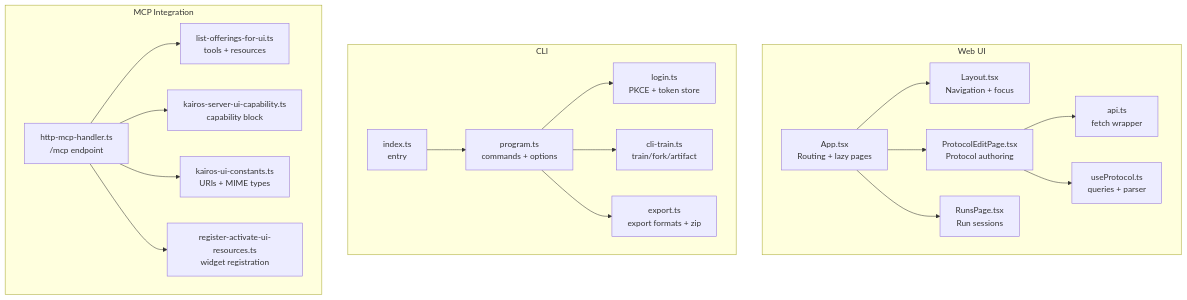
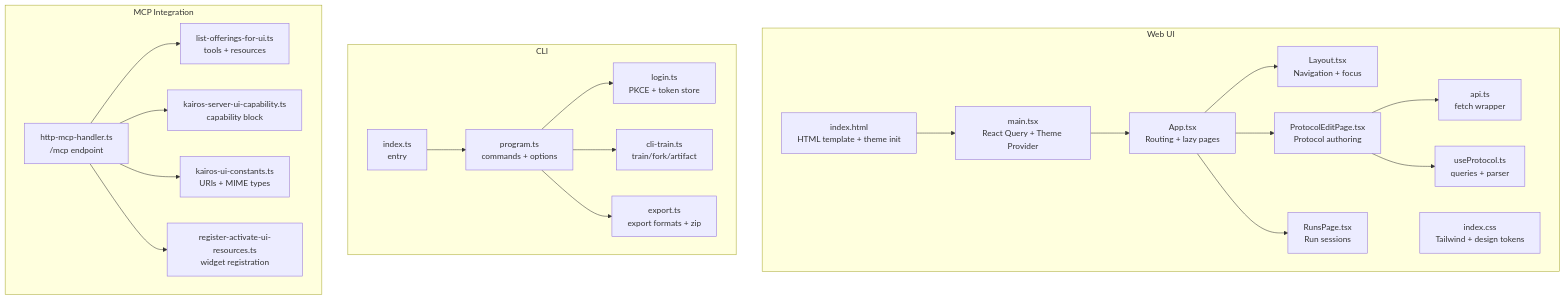
The first of 7 diagrams in .qoder/repowiki/en/content/User Interfaces/User Interfaces.md (debian777/kairos-mcp), drawn with Mermaid before and after one commit. The commit also changed other lines of this file and 17 other files, not shown here.

````diff
--- a/.qoder/repowiki/en/content/User Interfaces/User Interfaces.md
+++ b/.qoder/repowiki/en/content/User Interfaces/User Interfaces.md
@@ -46,38 +58,43 @@
 ```mermaid
 graph TB
 subgraph "Web UI"
 A_App["App.tsx<br/>Routing + lazy pages"]
+A_Main["main.tsx<br/>React Query + Theme Provider"]
+A_HTML["index.html<br/>HTML template + theme init"]
+A_CSS["index.css<br/>Tailwind + design tokens"]
 A_Layout["Layout.tsx<br/>Navigation + focus"]
 A_ProtEdit["ProtocolEditPage.tsx<br/>Protocol authoring"]
 A_Runs["RunsPage.tsx<br/>Run sessions"]
 A_API["api.ts<br/>fetch wrapper"]
 A_Hooks["useProtocol.ts<br/>queries + parser"]
 end
 subgraph "CLI"
 C_Index["index.ts<br/>entry"]
 C_Program["program.ts<br/>commands + options"]
 C_Login["login.ts<br/>PKCE + token store"]
 C_Train["cli-train.ts<br/>train/fork/artifact"]
 C_Export["export.ts<br/>export formats + zip"]
 end
 subgraph "MCP Integration"
 M_Handler["http-mcp-handler.ts<br/>/mcp endpoint"]
 M_List["list-offerings-for-ui.ts<br/>tools + resources"]
 M_Cap["kairos-server-ui-capability.ts<br/>capability block"]
 M_Consts["kairos-ui-constants.ts<br/>URIs + MIME types"]
 M_Reg["register-activate-ui-resources.ts<br/>widget registration"]
 end
 A_App --> A_Layout
 A_App --> A_ProtEdit
 A_App --> A_Runs
 A_ProtEdit --> A_API
 A_ProtEdit --> A_Hooks
+A_Main --> A_App
+A_HTML --> A_Main
 C_Index --> C_Program
 C_Program --> C_Login
 C_Program --> C_Train
 C_Program --> C_Export
 M_Handler --> M_List
 M_Handler --> M_Cap
 M_Handler --> M_Consts
 M_Handler --> M_Reg
 ```
````
